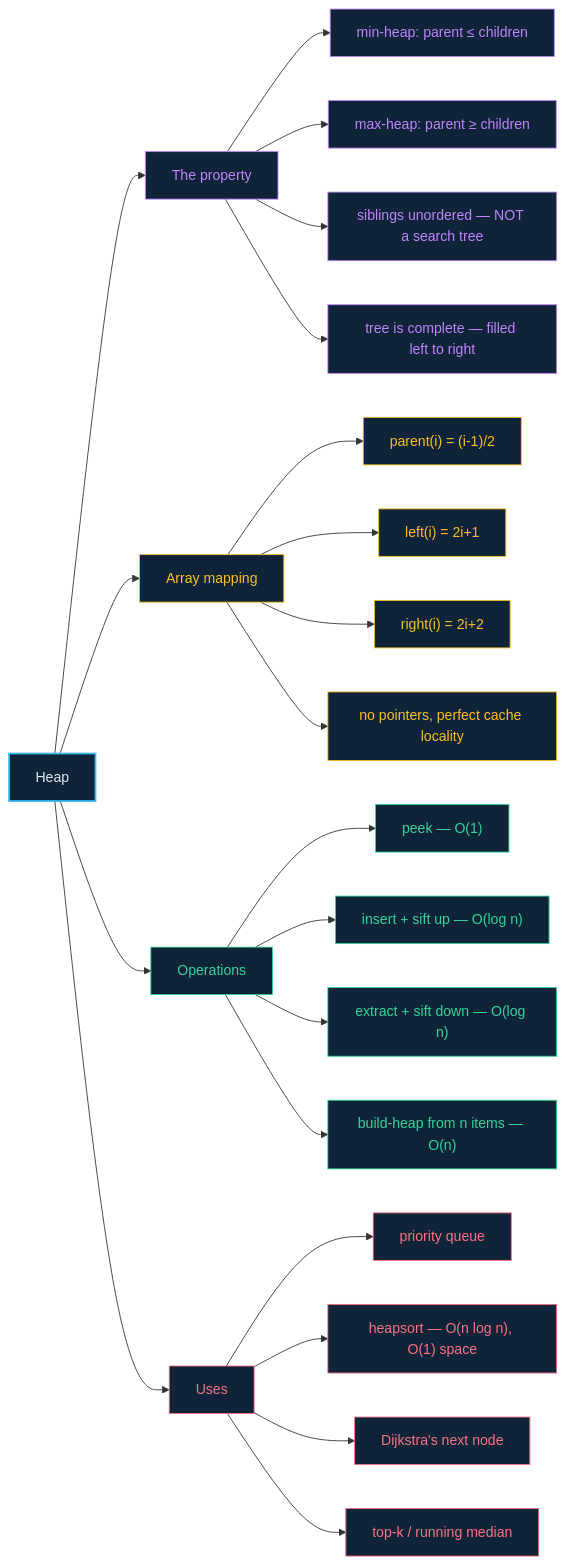
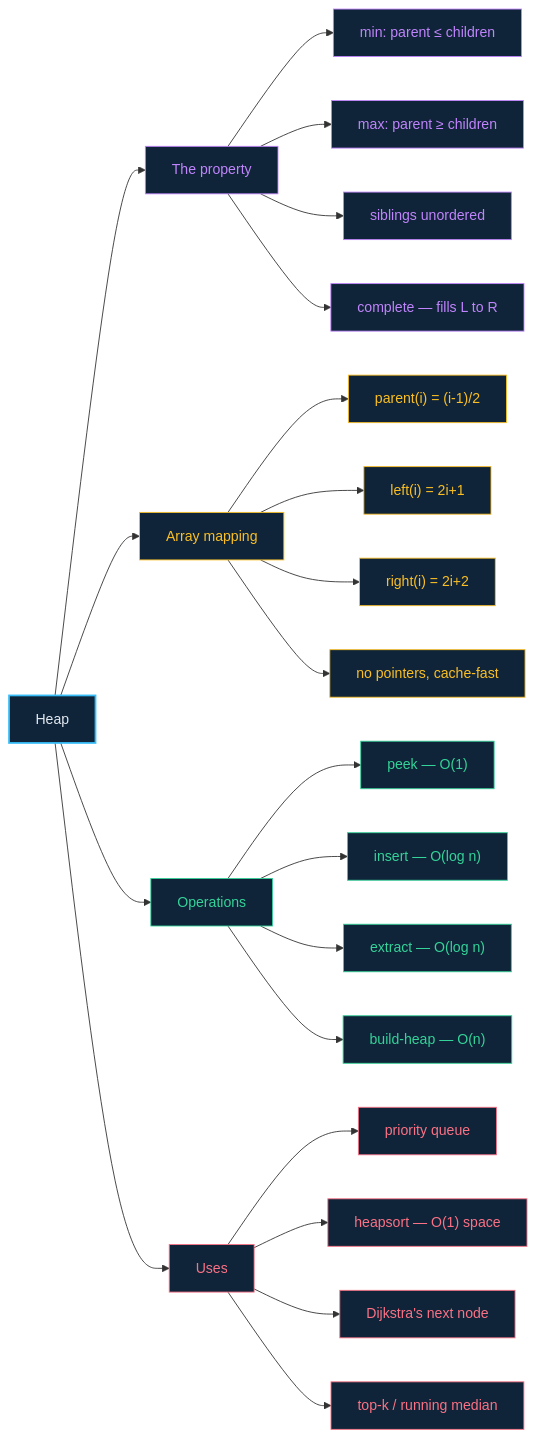
The diagram in docs/09-heaps.md (rajeshgoyalg/Learn-Data-Structures-and-Algorithms-Visually), drawn with Mermaid before and after one commit. The commit also changed 21 other files, not shown here.

First line of the commit message:
Shorten every mermaid label so diagrams cannot overflow and clip

````diff
--- a/docs/09-heaps.md
+++ b/docs/09-heaps.md
@@ -45,38 +45,38 @@
 ```mermaid
 flowchart LR
   H["Heap"] --> P["The property"]
   H --> A["Array mapping"]
   H --> O["Operations"]
   H --> U["Uses"]
 
-  P --> P1["min-heap: parent ≤ children"]
-  P --> P2["max-heap: parent ≥ children"]
-  P --> P3["siblings unordered — NOT a search tree"]
-  P --> P4["tree is complete — filled left to right"]
+  P --> P1["min: parent ≤ children"]
+  P --> P2["max: parent ≥ children"]
+  P --> P3["siblings unordered"]
+  P --> P4["complete — fills L to R"]
 
   A --> A1["parent(i) = (i-1)/2"]
   A --> A2["left(i) = 2i+1"]
   A --> A3["right(i) = 2i+2"]
-  A --> A4["no pointers, perfect cache locality"]
+  A --> A4["no pointers, cache-fast"]
 
   O --> O1["peek — O(1)"]
-  O --> O2["insert + sift up — O(log n)"]
-  O --> O3["extract + sift down — O(log n)"]
-  O --> O4["build-heap from n items — O(n)"]
+  O --> O2["insert — O(log n)"]
+  O --> O3["extract — O(log n)"]
+  O --> O4["build-heap — O(n)"]
 
   U --> U1["priority queue"]
-  U --> U2["heapsort — O(n log n), O(1) space"]
+  U --> U2["heapsort — O(1) space"]
   U --> U3["Dijkstra's next node"]
   U --> U4["top-k / running median"]
 
   classDef root fill:#0f2438,stroke:#38bdf8,stroke-width:2px,color:#e2e8f0
   classDef p fill:#0f2438,stroke:#c084fc,color:#c084fc
   classDef a fill:#0f2438,stroke:#fbbf24,color:#fbbf24
   classDef o fill:#0f2438,stroke:#34d399,color:#34d399
   classDef u fill:#0f2438,stroke:#fb7185,color:#fb7185
   class H root
   class P,P1,P2,P3,P4 p
   class A,A1,A2,A3,A4 a
   class O,O1,O2,O3,O4 o
   class U,U1,U2,U3,U4 u
 ```
````
